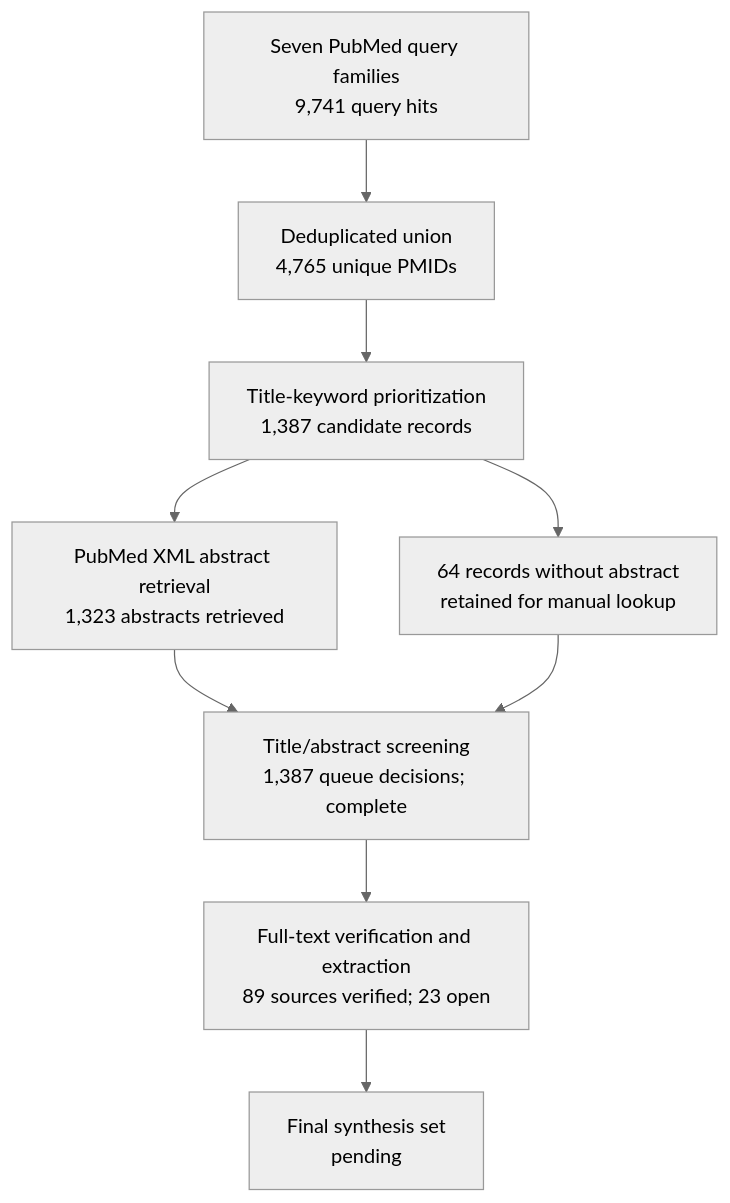
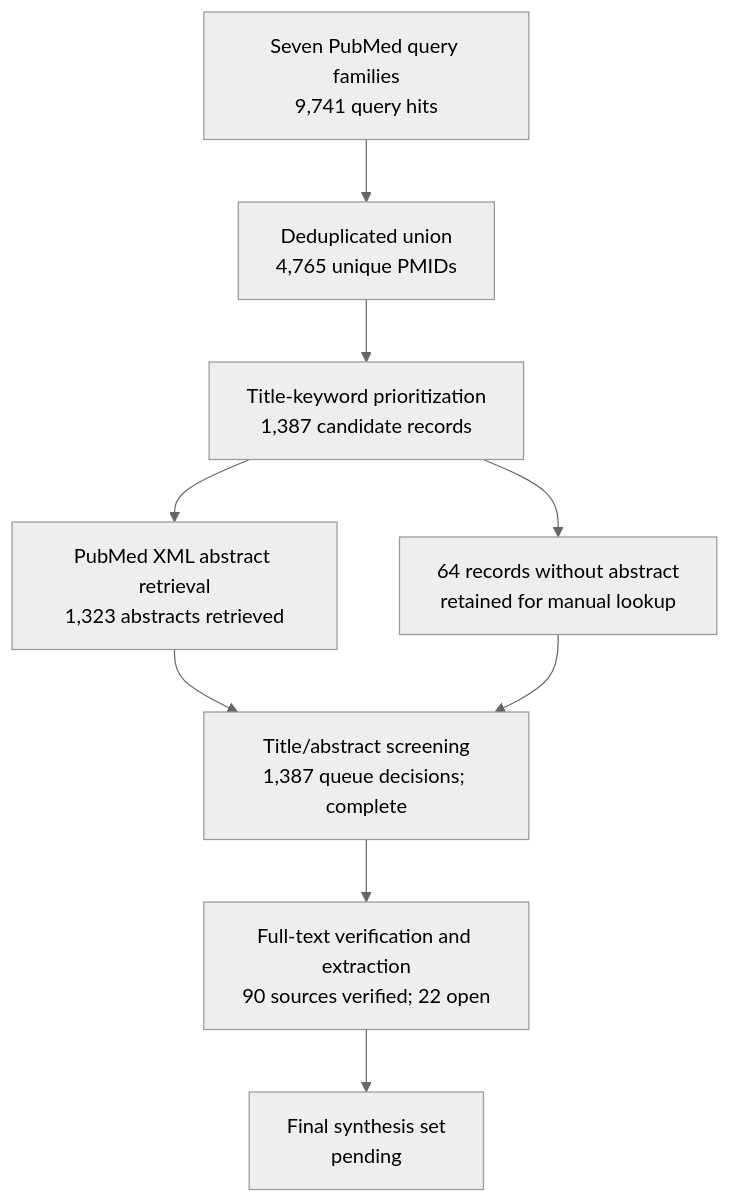
Before and after one commit to dcmcshan/artemisia: the diagram in manuscript/review-flow.md, drawn with Mermaid (neutral theme). The commit also changed other lines of this file and 15 other files, not shown here.

````diff
--- a/manuscript/review-flow.md
+++ b/manuscript/review-flow.md
@@ -5,11 +5,11 @@
 ```mermaid
 flowchart TB
   Q[Seven PubMed query families<br/>9,741 query hits] --> U[Deduplicated union<br/>4,765 unique PMIDs]
   U --> T[Title-keyword prioritization<br/>1,387 candidate records]
   T --> A[PubMed XML abstract retrieval<br/>1,323 abstracts retrieved]
   T --> N[64 records without abstract<br/>retained for manual lookup]
   A --> M[Title/abstract screening<br/>1,387 queue decisions; complete]
   N --> M
-  M --> F[Full-text verification and extraction<br/>89 sources verified; 23 open]
+  M --> F[Full-text verification and extraction<br/>90 sources verified; 22 open]
   F --> S[Final synthesis set<br/>pending]
 ```
````
